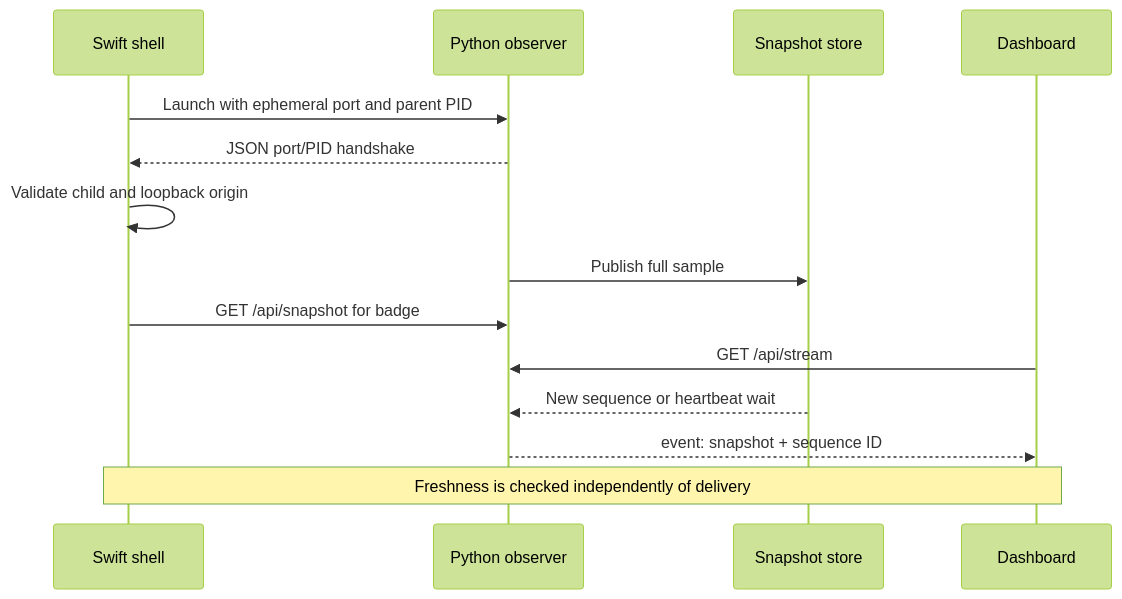
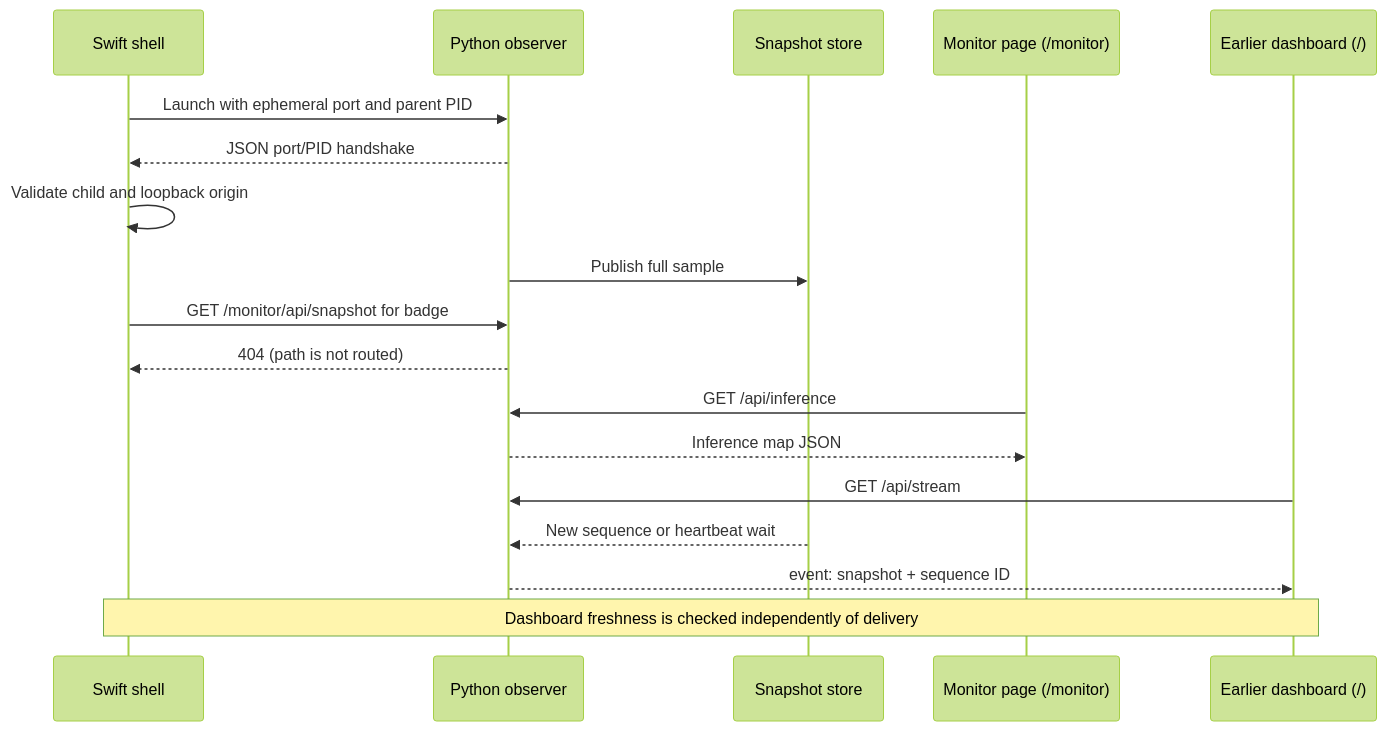
Before and after one commit to louiscalata/agiw-suite: the second of 4 diagrams in docs/architecture.md, drawn with Mermaid (forest theme). The commit also changed other lines of this file and 3 other files, not shown here.

First line of the commit message:
Describe the current monitor page, routes, ports and CI checks in docs

````diff
--- a/docs/architecture.md
+++ b/docs/architecture.md
@@ -79,16 +79,20 @@
 ```mermaid
 sequenceDiagram
     participant Shell as Swift shell
     participant Observer as Python observer
     participant Store as Snapshot store
-    participant Web as Dashboard
+    participant Web as Monitor page (/monitor)
+    participant Dashboard as Earlier dashboard (/)
     Shell->>Observer: Launch with ephemeral port and parent PID
     Observer-->>Shell: JSON port/PID handshake
     Shell->>Shell: Validate child and loopback origin
     Observer->>Store: Publish full sample
-    Shell->>Observer: GET /api/snapshot for badge
-    Web->>Observer: GET /api/stream
+    Shell->>Observer: GET /monitor/api/snapshot for badge
+    Observer-->>Shell: 404 (path is not routed)
+    Web->>Observer: GET /api/inference
+    Observer-->>Web: Inference map JSON
+    Dashboard->>Observer: GET /api/stream
     Store-->>Observer: New sequence or heartbeat wait
-    Observer-->>Web: event: snapshot + sequence ID
-    Note over Shell,Web: Freshness is checked independently of delivery
+    Observer-->>Dashboard: event: snapshot + sequence ID
+    Note over Shell,Dashboard: Dashboard freshness is checked independently of delivery
 ```
````
